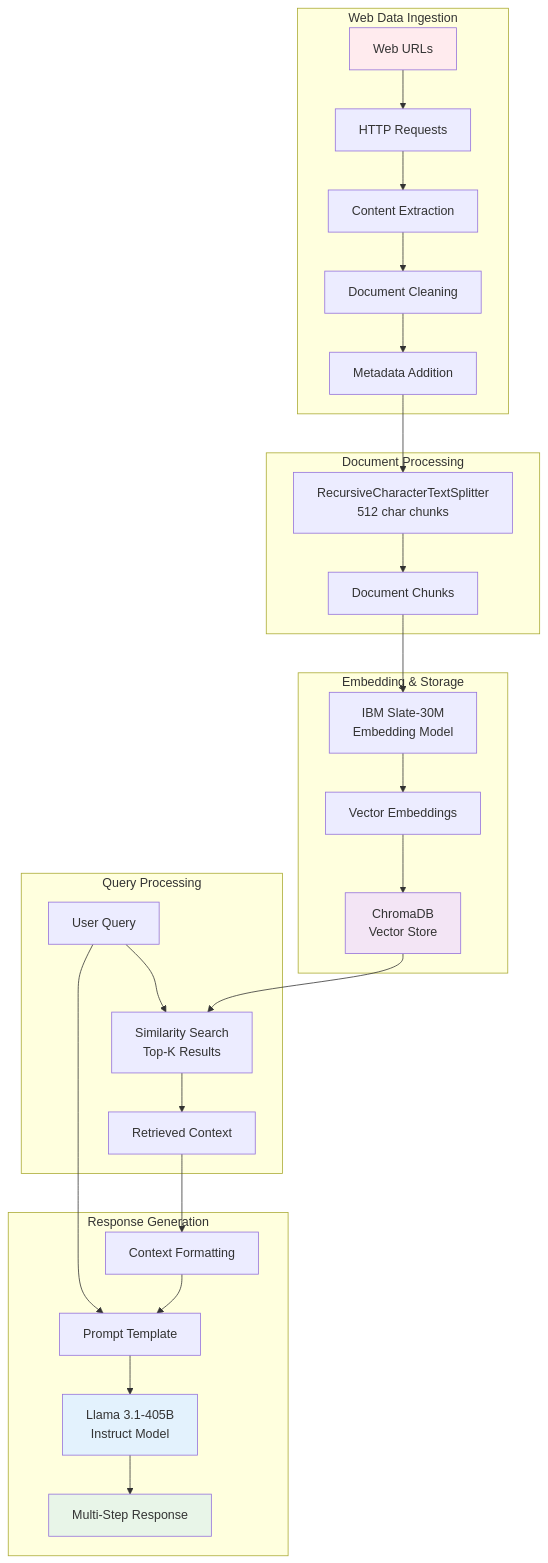
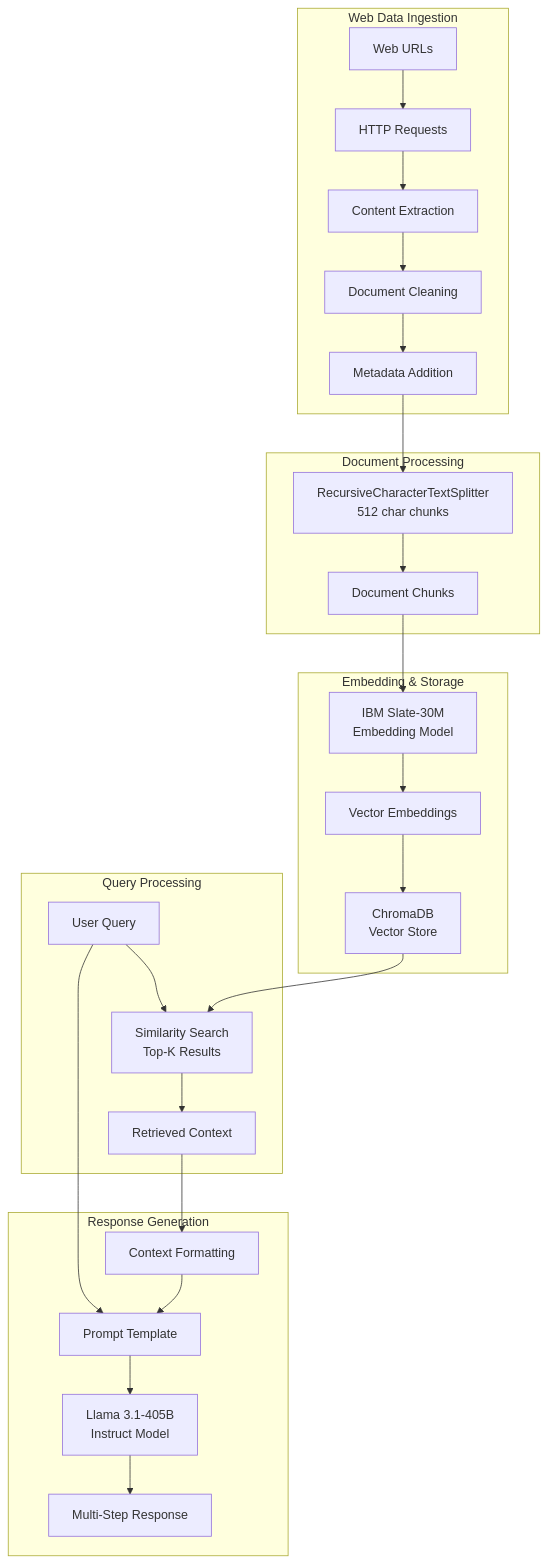
One commit to eaamankwah/design_build_rag_system_apps changed the sixth of 7 diagrams in README.md. Above: the diagram before and after it, drawn with Mermaid. The commit also changed other lines of this file, not shown here.

````diff
--- a/README.md
+++ b/README.md
@@ -391,39 +367,34 @@
 ```mermaid
 graph TB
     subgraph "Web Data Ingestion"
         A[Web URLs] --> B[HTTP Requests]
         B --> C[Content Extraction]
         C --> D[Document Cleaning]
         D --> E[Metadata Addition]
     end
     
     subgraph "Document Processing"
         E --> F[RecursiveCharacterTextSplitter<br/>512 char chunks]
         F --> G[Document Chunks]
     end
     
     subgraph "Embedding & Storage"
         G --> H[IBM Slate-30M<br/>Embedding Model]
         H --> I[Vector Embeddings]
         I --> J[ChromaDB<br/>Vector Store]
     end
     
     subgraph "Query Processing"
         K[User Query] --> L[Similarity Search<br/>Top-K Results]
         J --> L
         L --> M[Retrieved Context]
     end
     
     subgraph "Response Generation"
         M --> N[Context Formatting]
         K --> O[Prompt Template]
         N --> O
         O --> P[Llama 3.1-405B<br/>Instruct Model]
         P --> Q[Multi-Step Response]
     end
-    
-    style A fill:#ffebee
-    style J fill:#f3e5f5
-    style P fill:#e3f2fd
-    style Q fill:#e8f5e8
 ```
````
